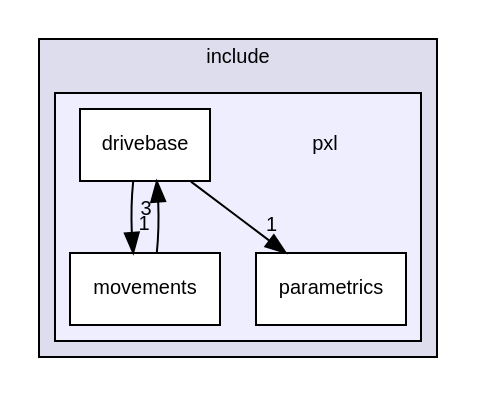
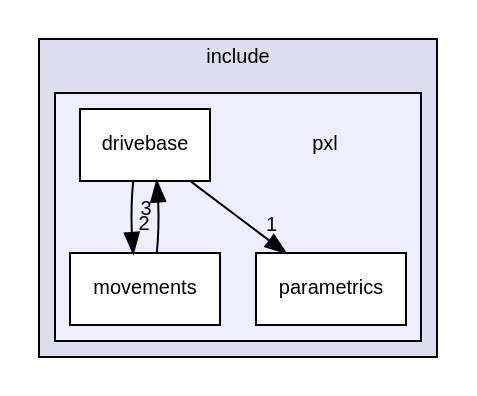
One commit to Pixel-Lib/Pixel changed the diagram in dir_223a821f9d0f41fe283df0679d559c30_dep.dot. Above: the diagram before and after it, drawn with Graphviz. The commit also changed 29 other files, not shown here.

```diff
--- a/dir_223a821f9d0f41fe283df0679d559c30_dep.dot
+++ b/dir_223a821f9d0f41fe283df0679d559c30_dep.dot
@@ -1,18 +1,18 @@
 digraph "include/pxl" {
   compound=true
   node [ fontsize="10", fontname="Helvetica"];
   edge [ labelfontsize="10", labelfontname="Helvetica"];
   subgraph clusterdir_d44c64559bbebec7f509842c48db8b23 {
     graph [ bgcolor="#ddddee", pencolor="black", label="include" fontname="Helvetica", fontsize="10", URL="dir_d44c64559bbebec7f509842c48db8b23.html"]
   subgraph clusterdir_223a821f9d0f41fe283df0679d559c30 {
     graph [ bgcolor="#eeeeff", pencolor="black", label="" URL="dir_223a821f9d0f41fe283df0679d559c30.html"];
     dir_223a821f9d0f41fe283df0679d559c30 [shape=plaintext label="pxl"];
   dir_b9c15b04b870febd75b2c7da7b08487e [shape=box label="drivebase" fillcolor="white" style="filled" URL="dir_b9c15b04b870febd75b2c7da7b08487e.html"];
   dir_5cfc00ab41c6bfdb94de67ae19deb858 [shape=box label="movements" fillcolor="white" style="filled" URL="dir_5cfc00ab41c6bfdb94de67ae19deb858.html"];
   dir_eb646048f21f30d1c203f0e7d7bb28f9 [shape=box label="parametrics" fillcolor="white" style="filled" URL="dir_eb646048f21f30d1c203f0e7d7bb28f9.html"];
   }
   }
-  dir_b9c15b04b870febd75b2c7da7b08487e->dir_5cfc00ab41c6bfdb94de67ae19deb858 [headlabel="1", labeldistance=1.5 headhref="dir_000002_000003.html"];
+  dir_b9c15b04b870febd75b2c7da7b08487e->dir_5cfc00ab41c6bfdb94de67ae19deb858 [headlabel="2", labeldistance=1.5 headhref="dir_000002_000003.html"];
   dir_b9c15b04b870febd75b2c7da7b08487e->dir_eb646048f21f30d1c203f0e7d7bb28f9 [headlabel="1", labeldistance=1.5 headhref="dir_000002_000004.html"];
   dir_5cfc00ab41c6bfdb94de67ae19deb858->dir_b9c15b04b870febd75b2c7da7b08487e [headlabel="3", labeldistance=1.5 headhref="dir_000003_000002.html"];
 }
```
